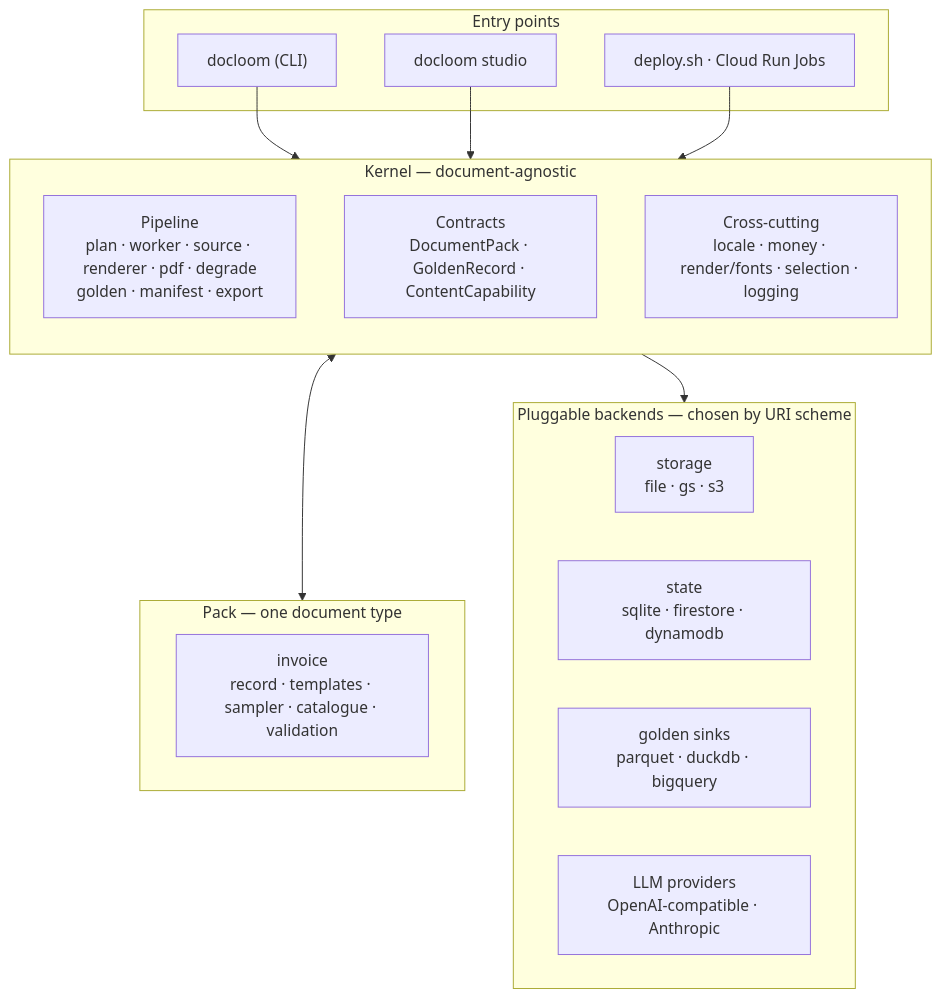
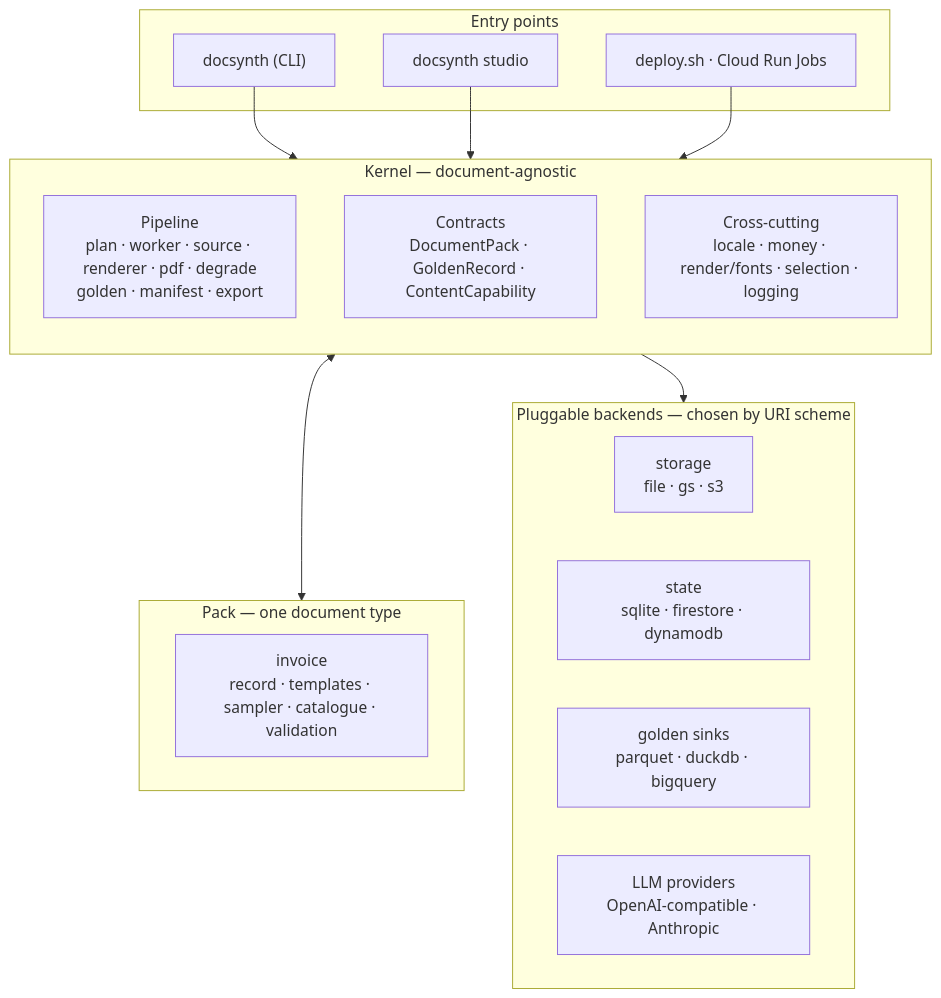
One commit to kashodev/docloom changed the diagram in site-docs/docs/architecture/overview.md. Above: the diagram before and after it, drawn with Mermaid. The commit also changed other lines of this file and 269 other files, not shown here.

First line of the commit message:
Rename the project: docloom -> docsynth (code-wide)

````diff
--- a/site-docs/docs/architecture/overview.md
+++ b/site-docs/docs/architecture/overview.md
@@ -30,28 +30,28 @@
 ```mermaid
 flowchart TB
     subgraph Entry["Entry points"]
-        CLI["docloom (CLI)"]
-        Studio["docloom studio"]
+        CLI["docsynth (CLI)"]
+        Studio["docsynth studio"]
         Deploy["deploy.sh · Cloud Run Jobs"]
     end
     subgraph Kernel["Kernel — document-agnostic"]
         direction TB
         Pipeline["Pipeline<br/>plan · worker · source · renderer · pdf · degrade<br/>golden · manifest · export"]
         Contracts["Contracts<br/>DocumentPack · GoldenRecord · ContentCapability"]
         Cross["Cross-cutting<br/>locale · money · render/fonts · selection · logging"]
     end
     subgraph Pack["Pack — one document type"]
         Invoice["invoice<br/>record · templates · sampler · catalogue · validation"]
     end
     subgraph Backends["Pluggable backends — chosen by URI scheme"]
         Store["storage<br/>file · gs · s3"]
         State["state<br/>sqlite · firestore · dynamodb"]
         Sinks["golden sinks<br/>parquet · duckdb · bigquery"]
         Prov["LLM providers<br/>OpenAI-compatible · Anthropic"]
     end
     CLI --> Kernel
     Studio --> Kernel
     Deploy --> Kernel
     Kernel <--> Pack
     Kernel --> Backends
 ```
````
